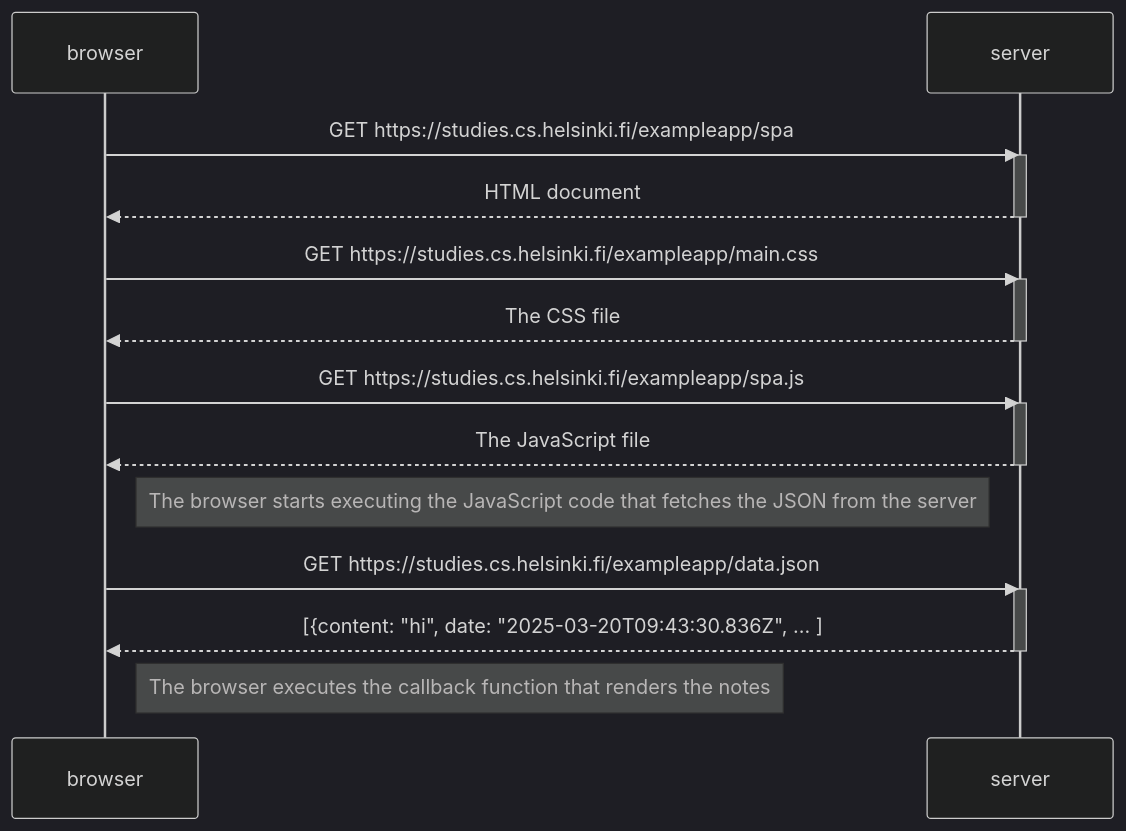
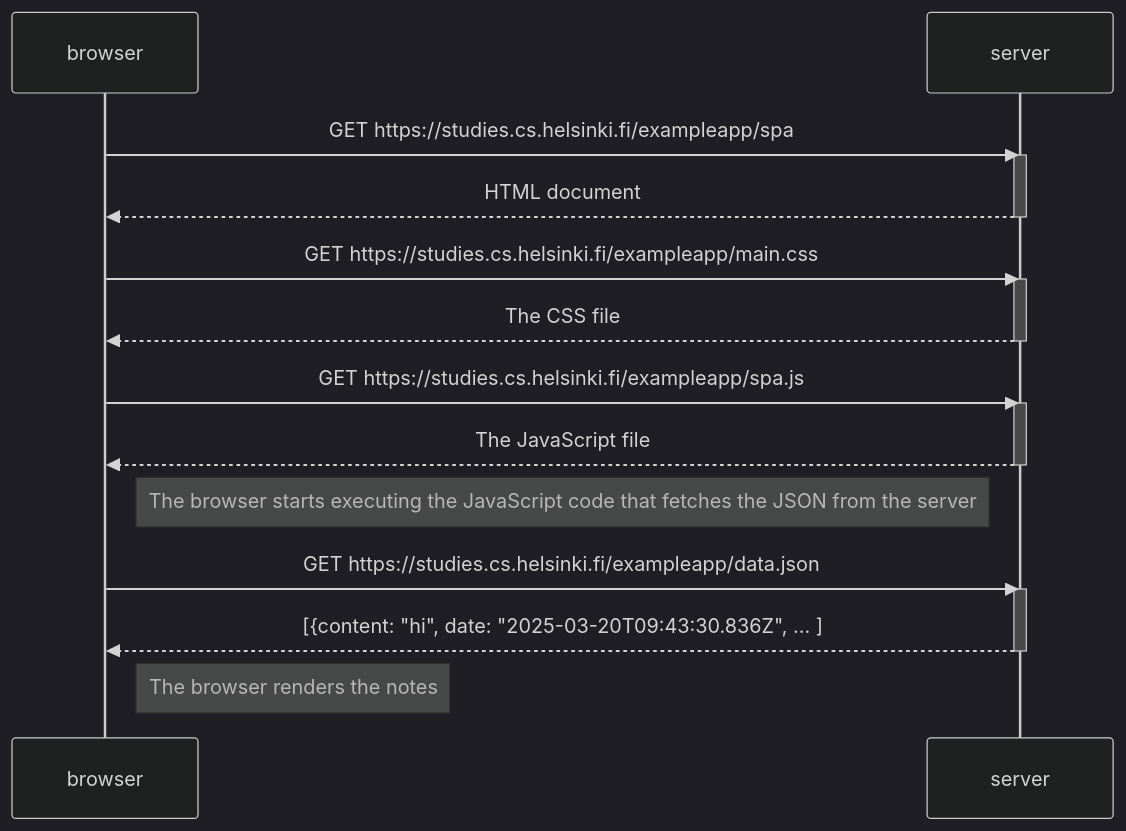
The diagram in part0/exercise05.md (Jvlsc/FullStack-Course), drawn with Mermaid (dark theme) before and after one commit. The commit also changed 1 other file, not shown here.

Commit message:
docs: last version of part0 exercises

````diff
--- a/part0/exercise05.md
+++ b/part0/exercise05.md
@@ -37,30 +37,30 @@
 ```mermaid
 sequenceDiagram
     participant browser
     participant server
 
     browser->>server: GET https://studies.cs.helsinki.fi/exampleapp/spa
     activate server
     server-->>browser: HTML document
     deactivate server
 
     browser->>server: GET https://studies.cs.helsinki.fi/exampleapp/main.css
     activate server
     server-->>browser: The CSS file
     deactivate server
 
     browser->>server: GET https://studies.cs.helsinki.fi/exampleapp/spa.js
     activate server
     server-->>browser: The JavaScript file
     deactivate server
 
     Note right of browser: The browser starts executing the JavaScript code that fetches the JSON from the server
 
     browser->>server: GET https://studies.cs.helsinki.fi/exampleapp/data.json
     activate server
     server-->>browser: [{content: "hi", date: "2025-03-20T09:43:30.836Z", ... ]
     deactivate server
 
-    Note right of browser: The browser executes the callback function that renders the notes
+    Note right of browser: The browser renders the notes
 
 ```
````
